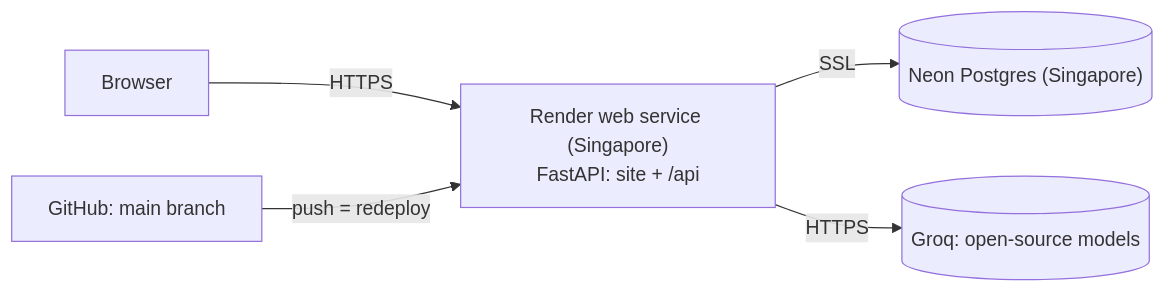
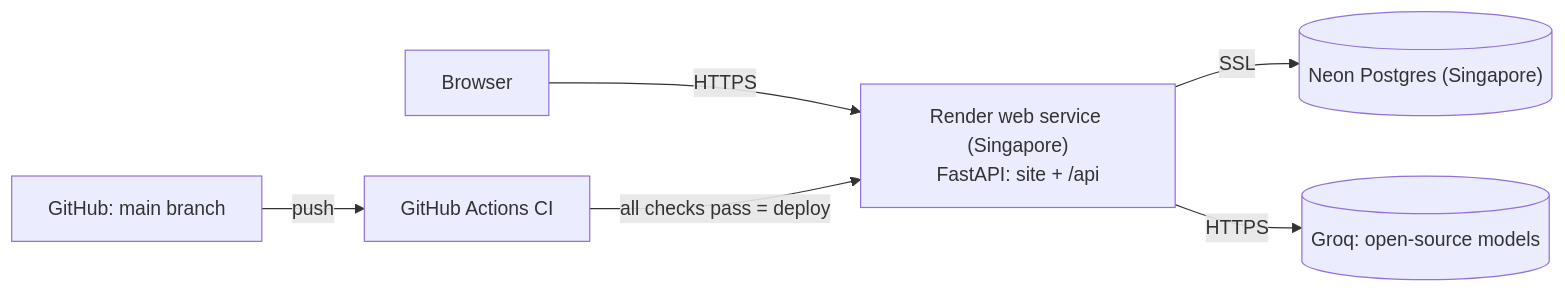
The diagram in docs/deployment.md (NeoAnushka21/tracker_poc), drawn with Mermaid before and after one commit. The commit also changed other lines of this file and 94 other files, not shown here.

````diff
--- a/docs/deployment.md
+++ b/docs/deployment.md
@@ -9,7 +9,8 @@
 ```mermaid
 flowchart LR
     U[Browser] -->|HTTPS| R["Render web service (Singapore)<br/>FastAPI: site + /api"]
     R -->|SSL| N[("Neon Postgres (Singapore)")]
     R -->|HTTPS| G[(Groq: open-source models)]
-    GH[GitHub: main branch] -->|push = redeploy| R
+    GH[GitHub: main branch] -->|push| CI[GitHub Actions CI]
+    CI -->|all checks pass = deploy| R
 ```
````
